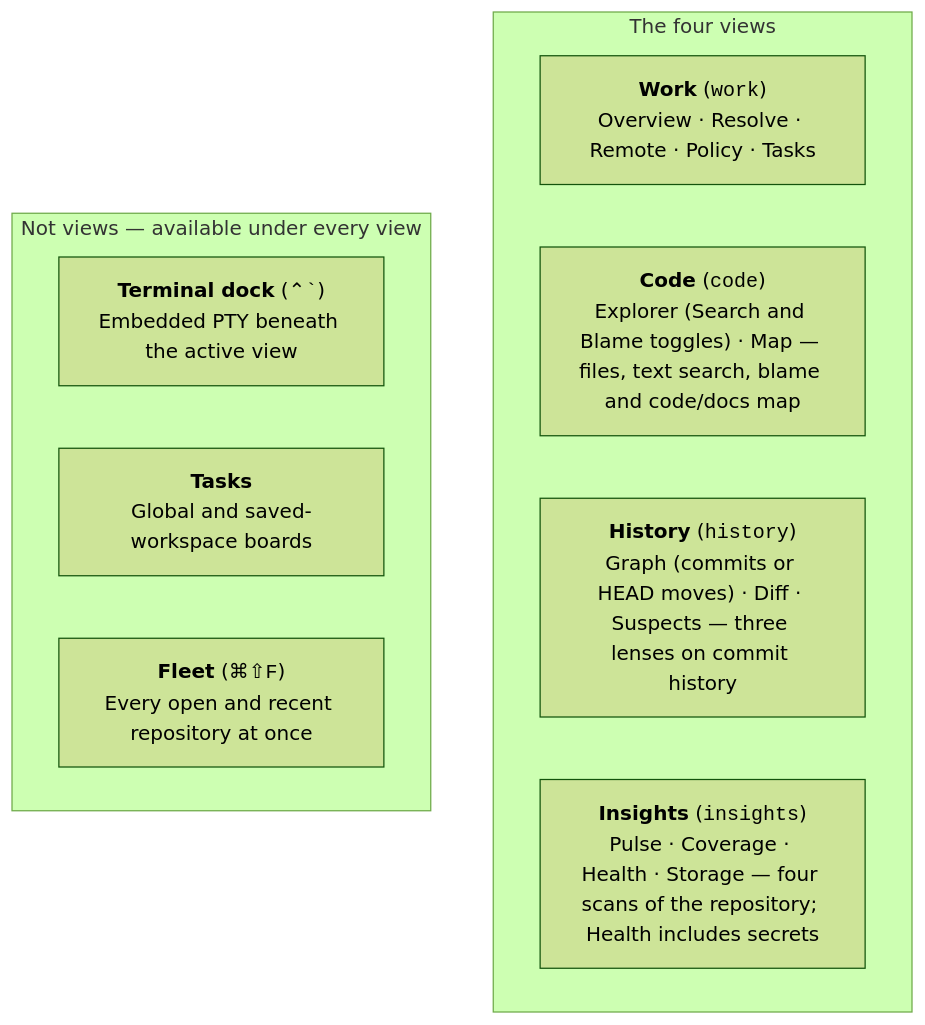
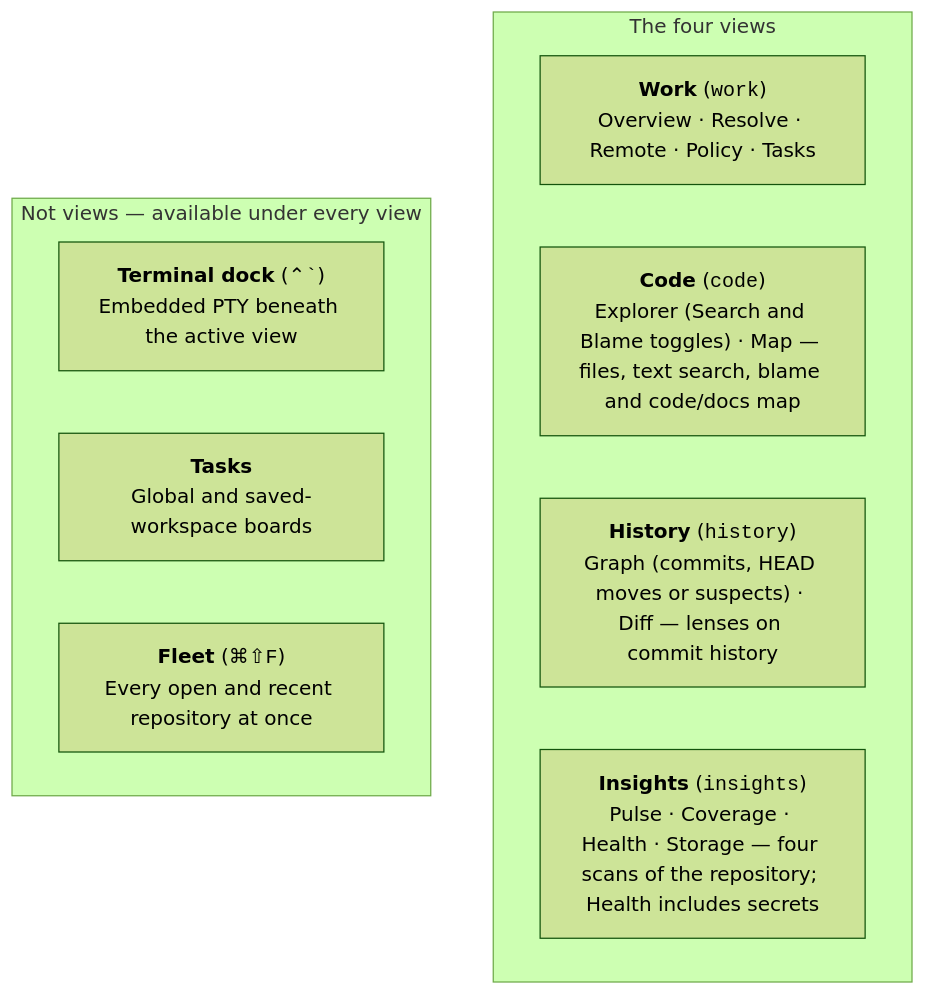
Before and after one commit to bharathvbcr/GitPulse: the first of 4 diagrams in docs/FEATURES.md, drawn with Mermaid (forest theme). The commit also changed other lines of this file and 41 other files, not shown here.

````diff
--- a/docs/FEATURES.md
+++ b/docs/FEATURES.md
@@ -50,15 +50,15 @@
 ```mermaid
 flowchart TD
     subgraph ViewGroup["The four views"]
         Work["<b>Work</b> (<code>work</code>)<br/>Overview · Resolve · Remote · Policy · Tasks"]
         Code["<b>Code</b> (<code>code</code>)<br/>Explorer (Search and Blame toggles) · Map — files, text search, blame and code/docs map"]
-        History["<b>History</b> (<code>history</code>)<br/>Graph (commits or HEAD moves) · Diff · Suspects — three lenses on commit history"]
+        History["<b>History</b> (<code>history</code>)<br/>Graph (commits, HEAD moves or suspects) · Diff — lenses on commit history"]
         Insights["<b>Insights</b> (<code>insights</code>)<br/>Pulse · Coverage · Health · Storage — four scans of the repository; Health includes secrets"]
     end
 
     subgraph NotViews["Not views — available under every view"]
         Terminal["<b>Terminal dock</b> (<code>⌃`</code>)<br/>Embedded PTY beneath the active view"]
         Tasks["<b>Tasks</b><br/>Global and saved-workspace boards"]
         Fleet["<b>Fleet</b> (<code>⌘⇧F</code>)<br/>Every open and recent repository at once"]
     end
 ```
````
